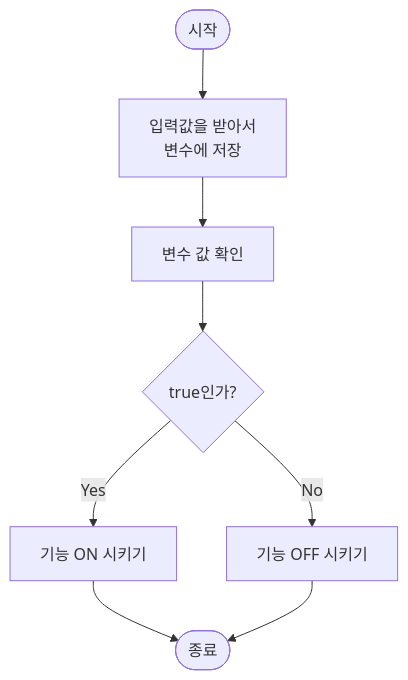
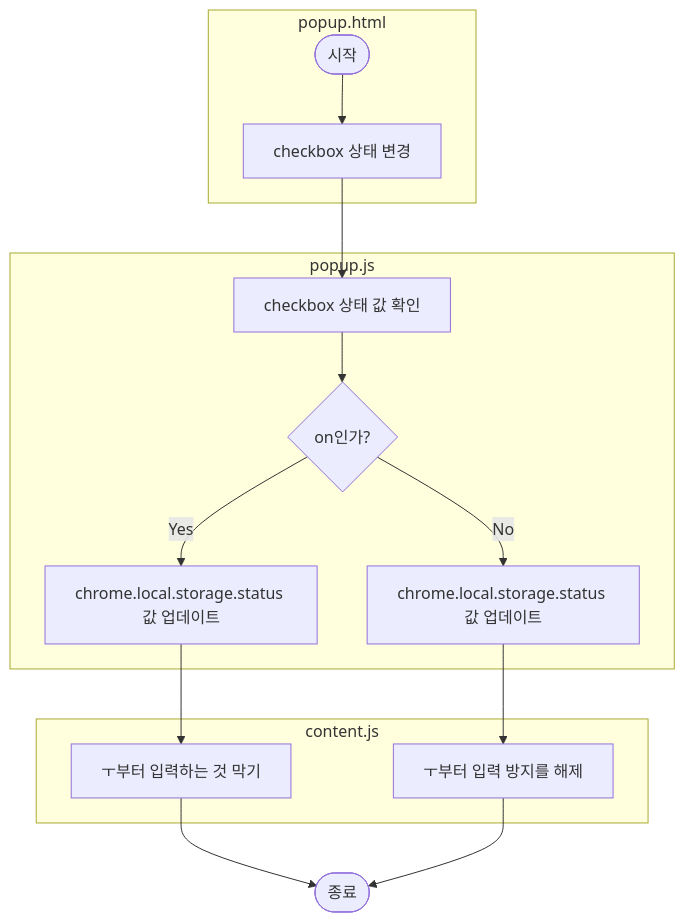
Before and after one commit to sarifor/crying-letter-preventer: the diagram in docs/2. 설계/2.2 소프트웨어 설계/2.2.2 내부 설계/비즈니스 로직 프로그램 설계/플로차트.md, drawn with Mermaid. The commit also changed 1 other file, not shown here.

Commit message:
Update: use case diagram and flowchart to clarify logic

````diff
--- a/docs/2. 설계/2.2 소프트웨어 설계/2.2.2 내부 설계/비즈니스 로직 프로그램 설계/플로차트.md
+++ b/docs/2. 설계/2.2 소프트웨어 설계/2.2.2 내부 설계/비즈니스 로직 프로그램 설계/플로차트.md
@@ -2,16 +2,35 @@
 ```mermaid
 flowchart TD
   start1([시작])
-  node1[입력값을 받아서<br>변수에 저장]
-  node2[변수 값 확인]
-  switch1{true인가?}
-  node3[기능 ON 시키기]
-  node4[기능 OFF 시키기]
+  node1[checkbox 상태 변경]
+  node2[checkbox 상태 값 확인]
+  switch1{on인가?}
+  node5[chrome.local.storage.status 값 업데이트]
+  node3[ㅜ부터 입력하는 것 막기]
+  node6[chrome.local.storage.status 값 업데이트]
+  node4[ㅜ부터 입력 방지를 해제]
   end1([종료])
+
+  subgraph popup.html
+   start1
+   node1
+  end
+
+  subgraph popup.js
+    node2
+    switch1
+    node5
+    node6
+  end
+
+  subgraph content.js
+    node3
+    node4
+  end
 
   start1 --> node1 --> node2
   node2 --> switch1
-  switch1 -- Yes --> node3
-  switch1 -- No --> node4
+  switch1 -- Yes --> node5 --> node3
+  switch1 -- No --> node6 --> node4
   node3 & node4 --> end1
 ```
````
